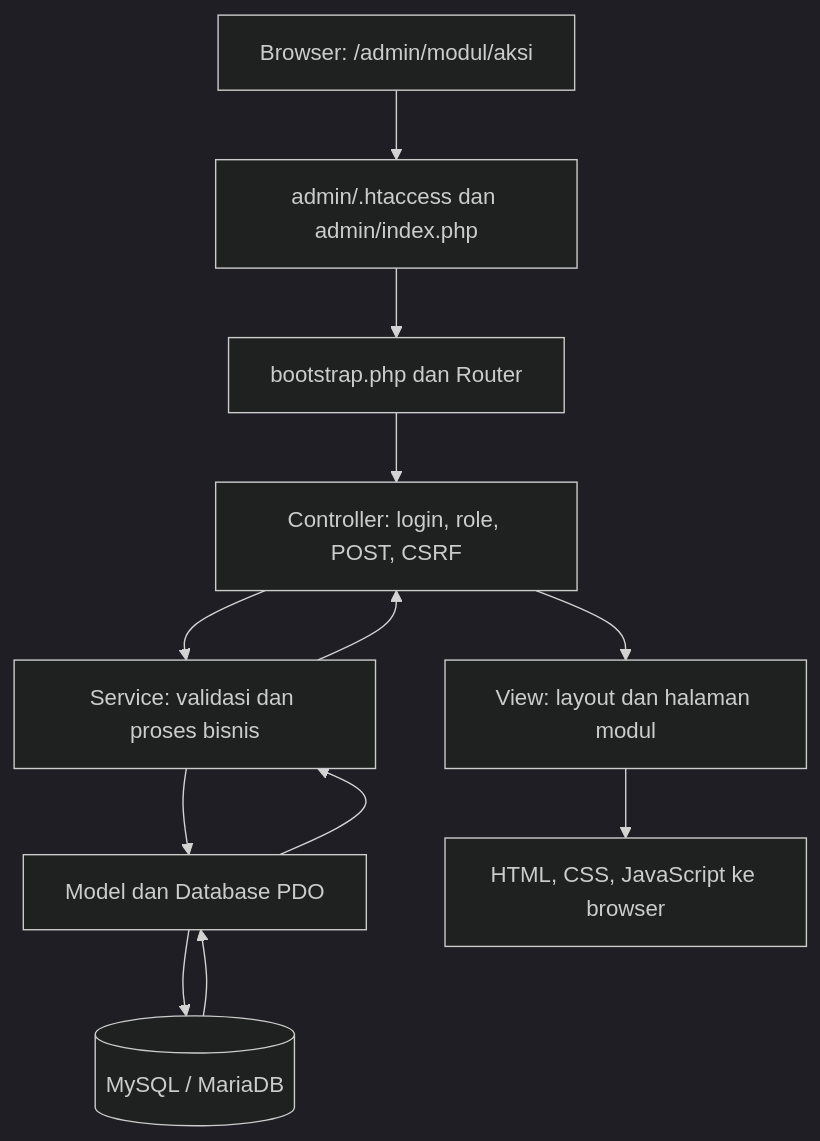
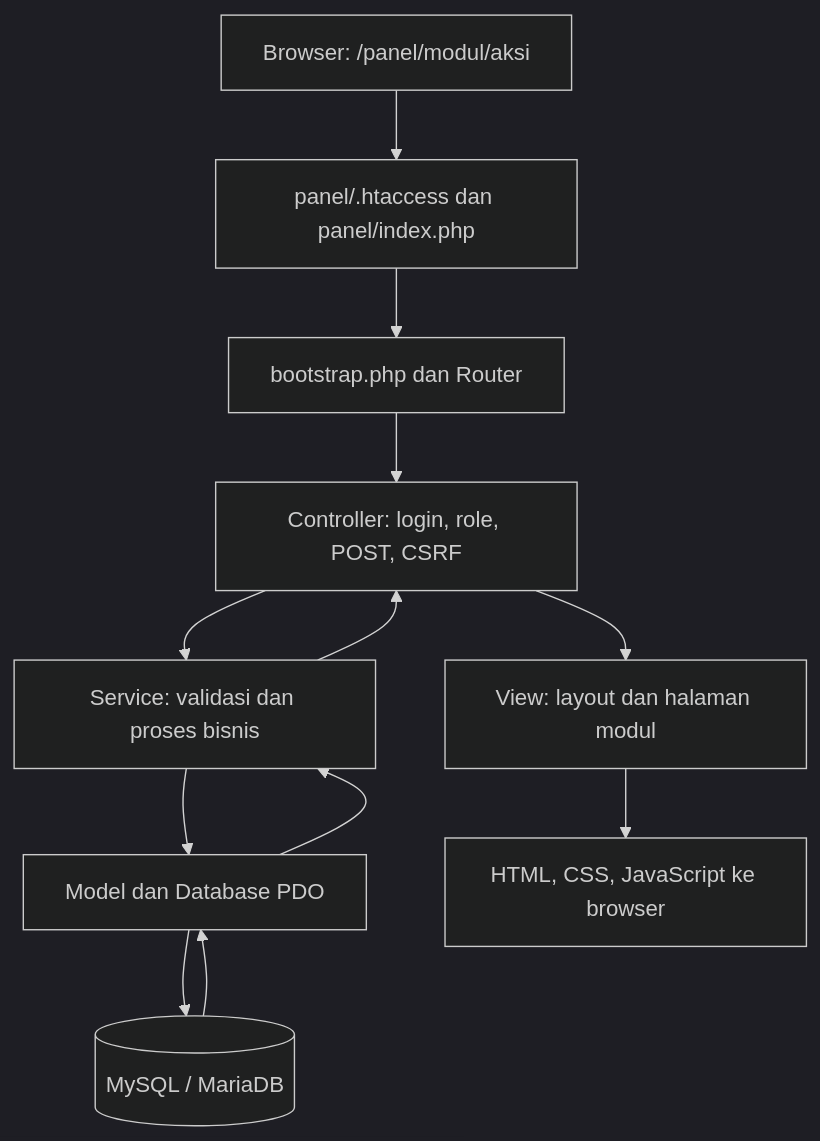
Before and after one commit to Khairul122/web-id3: the diagram in docs/struktur-proyek.md, drawn with Mermaid (dark theme). The commit also changed other lines of this file and 48 other files, not shown here.

Commit message:
refactor: restructure project layout and update admin panel routing and documentation

````diff
--- a/docs/struktur-proyek.md
+++ b/docs/struktur-proyek.md
@@ -57,14 +58,14 @@
 ```mermaid
 flowchart TD
-    A[Browser: /admin/modul/aksi] --> B[admin/.htaccess dan admin/index.php]
+    A[Browser: /panel/modul/aksi] --> B[panel/.htaccess dan panel/index.php]
     B --> C[bootstrap.php dan Router]
     C --> D[Controller: login, role, POST, CSRF]
     D --> E[Service: validasi dan proses bisnis]
     E --> F[Model dan Database PDO]
     F --> G[(MySQL / MariaDB)]
     G --> F
     F --> E
     E --> D
     D --> H[View: layout dan halaman modul]
     H --> I[HTML, CSS, JavaScript ke browser]
 ```
````
